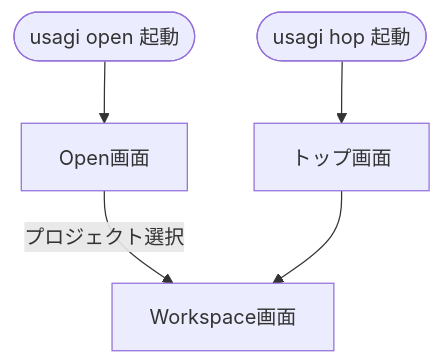
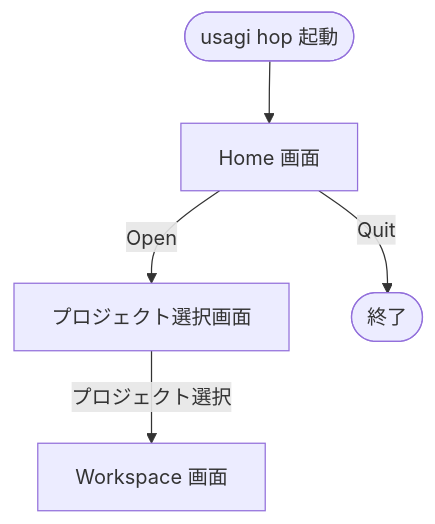
Before and after one commit to KKyosuke/usagi.ai: the diagram in doc/structure/transition.md, drawn with Mermaid. The commit also changed other lines of this file and 17 other files, not shown here.

````diff
--- a/doc/structure/transition.md
+++ b/doc/structure/transition.md
@@ -15,8 +15,9 @@
 ```mermaid
 flowchart TD
-    StartHop([usagi hop 起動]) --> Top[トップ画面]
-    StartOpen([usagi open 起動]) --> Open[Open画面]
+    StartHop([usagi hop 起動]) --> Home[Home 画面]
     
-    Open -- プロジェクト選択 --> Workspace[Workspace画面]
-    Top --> Workspace
+    Home -- Open --> ProjectSelect[プロジェクト選択画面]
+    Home -- Quit --> Exit([終了])
+    
+    ProjectSelect -- プロジェクト選択 --> Workspace[Workspace 画面]
 ```
````
